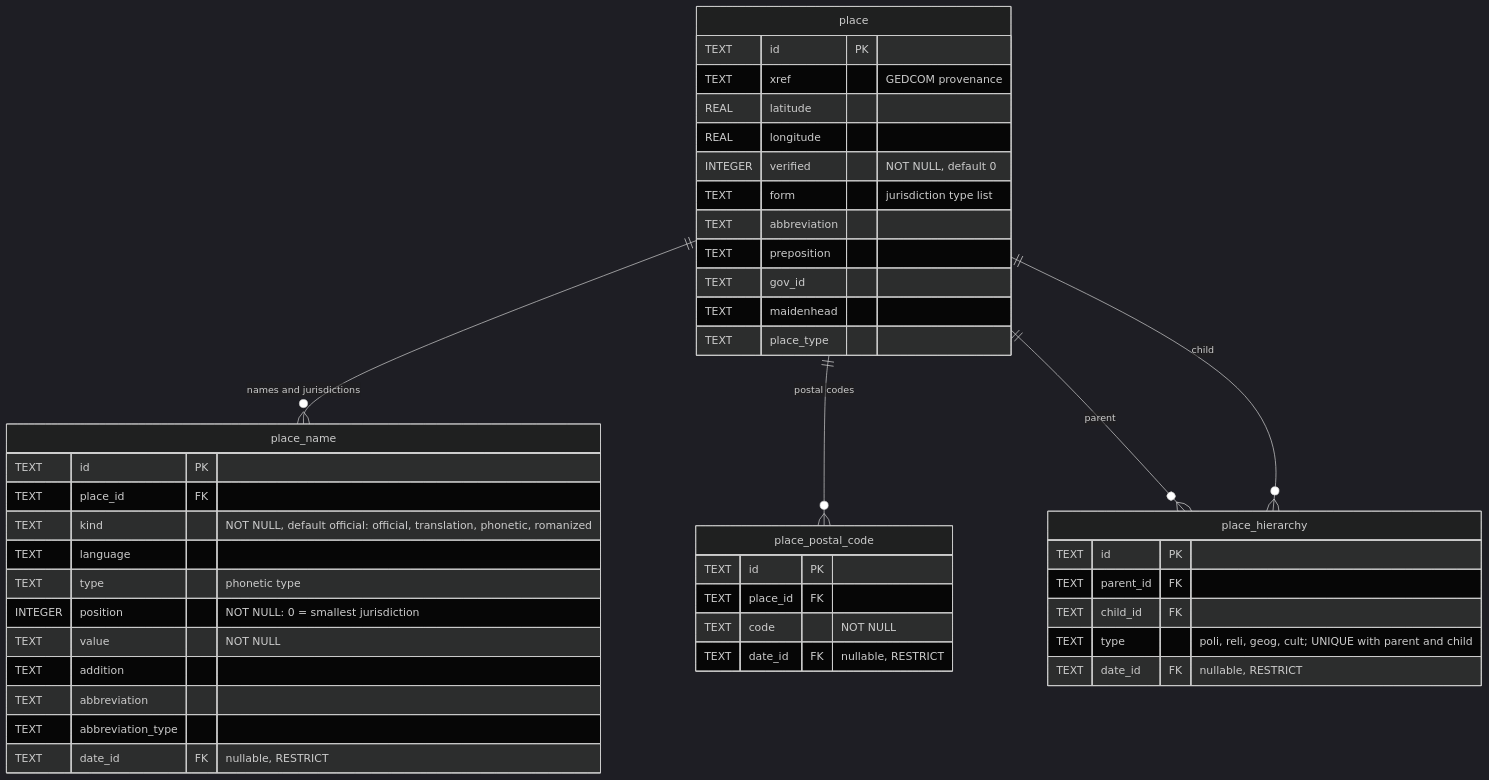
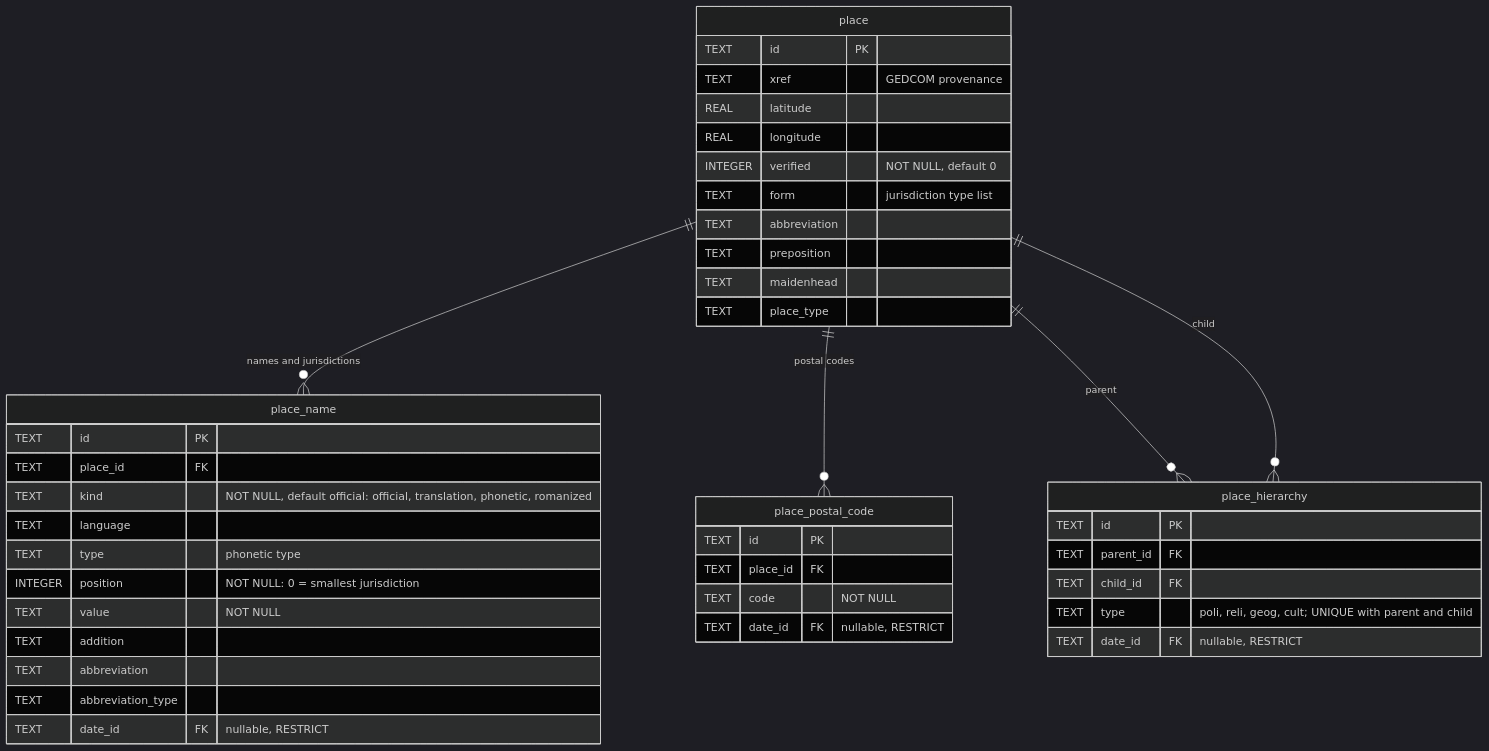
The sixth of 12 diagrams in docs/db-schema.md (borisovodov/doru), drawn with Mermaid (dark theme) before and after one commit. The commit also changed other lines of this file and 32 other files, not shown here.

````diff
--- a/docs/db-schema.md
+++ b/docs/db-schema.md
@@ -462,50 +462,49 @@
 ```mermaid
 erDiagram
     place ||--o{ place_name : "names and jurisdictions"
     place ||--o{ place_postal_code : "postal codes"
     place ||--o{ place_hierarchy : "parent"
     place ||--o{ place_hierarchy : "child"
 
     place {
         TEXT id PK
         TEXT xref "GEDCOM provenance"
         REAL latitude
         REAL longitude
         INTEGER verified "NOT NULL, default 0"
         TEXT form "jurisdiction type list"
         TEXT abbreviation
         TEXT preposition
-        TEXT gov_id
         TEXT maidenhead
         TEXT place_type
     }
 
     place_name {
         TEXT id PK
         TEXT place_id FK
         TEXT kind "NOT NULL, default official: official, translation, phonetic, romanized"
         TEXT language
         TEXT type "phonetic type"
         INTEGER position "NOT NULL: 0 = smallest jurisdiction"
         TEXT value "NOT NULL"
         TEXT addition
         TEXT abbreviation
         TEXT abbreviation_type
         TEXT date_id FK "nullable, RESTRICT"
     }
 
     place_hierarchy {
         TEXT id PK
         TEXT parent_id FK
         TEXT child_id FK
         TEXT type "poli, reli, geog, cult; UNIQUE with parent and child"
         TEXT date_id FK "nullable, RESTRICT"
     }
 
     place_postal_code {
         TEXT id PK
         TEXT place_id FK
         TEXT code "NOT NULL"
         TEXT date_id FK "nullable, RESTRICT"
     }
 ```
````
